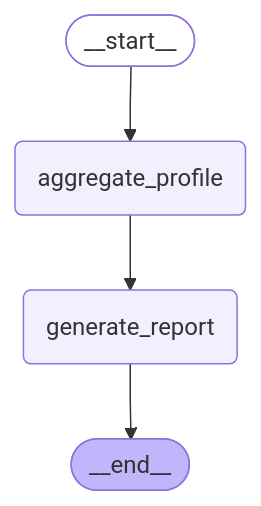
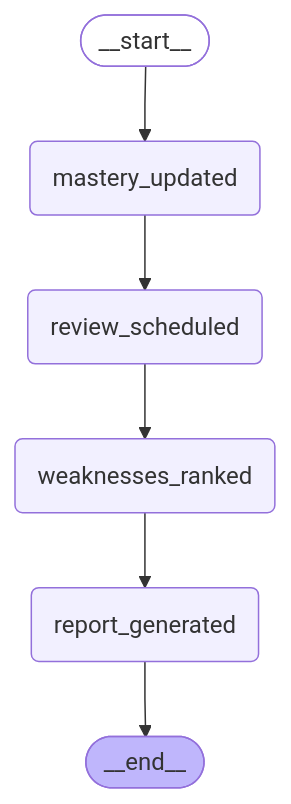
Before and after one commit to aiteachme/AITeachMe: the diagram in backend/scripts/.generated_workflow_diagrams/profile_flow.md, drawn with Mermaid. The commit also changed other lines of this file and 28 other files, not shown here.

````diff
--- a/backend/scripts/.generated_workflow_diagrams/profile_flow.md
+++ b/backend/scripts/.generated_workflow_diagrams/profile_flow.md
@@ -5,18 +5,22 @@
 ```mermaid
 ---
 config:
   flowchart:
     curve: linear
 ---
 graph TD;
 	__start__([<p>__start__</p>]):::first
-	aggregate_profile(aggregate_profile)
-	generate_report(generate_report)
+	mastery_updated(mastery_updated)
+	review_scheduled(review_scheduled)
+	weaknesses_ranked(weaknesses_ranked)
+	report_generated(report_generated)
 	__end__([<p>__end__</p>]):::last
-	__start__ --> aggregate_profile;
-	aggregate_profile --> generate_report;
-	generate_report --> __end__;
+	__start__ --> mastery_updated;
+	mastery_updated --> review_scheduled;
+	review_scheduled --> weaknesses_ranked;
+	weaknesses_ranked --> report_generated;
+	report_generated --> __end__;
 	classDef default fill:#f2f0ff,line-height:1.2
 	classDef first fill-opacity:0
 	classDef last fill:#bfb6fc
 ```
````
